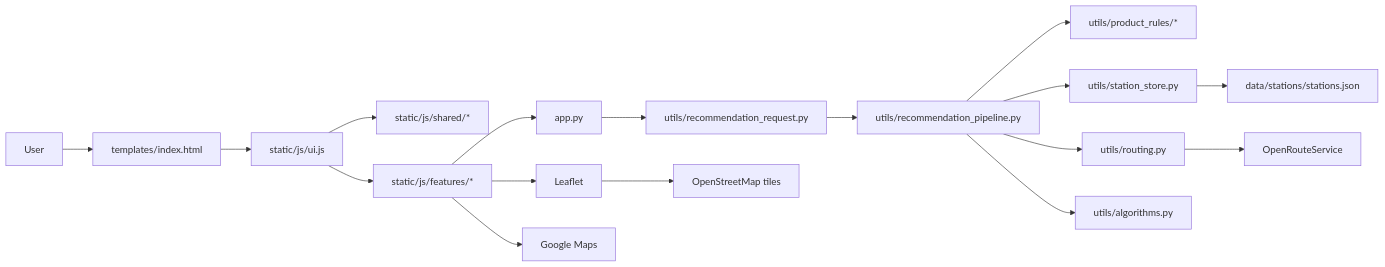
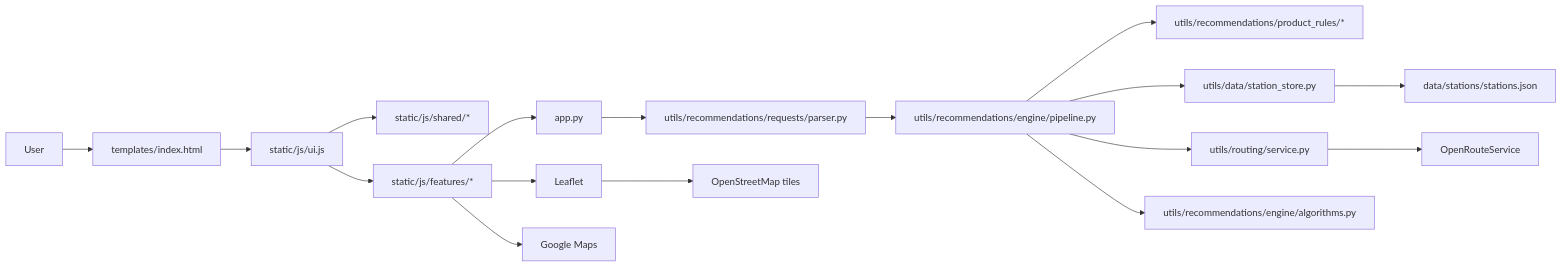
Before and after one commit to drei-cabal/Opti-Gas: the first of 2 diagrams in README.md, drawn with Mermaid. The commit also changed other lines of this file and 35 other files, not shown here.

````diff
--- a/README.md
+++ b/README.md
@@ -36,34 +39,34 @@
 ```mermaid
 flowchart LR
   User[User]
   HTML[templates/index.html]
   UI[static/js/ui.js]
   Shared[static/js/shared/*]
   Features[static/js/features/*]
   Flask[app.py]
-  RequestNorm[utils/recommendation_request.py]
-  Pipeline[utils/recommendation_pipeline.py]
-  Rules[utils/product_rules/*]
-  Store[utils/station_store.py]
-  Routing[utils/routing.py]
-  Algorithms[utils/algorithms.py]
+  RequestNorm[utils/recommendations/requests/parser.py]
+  Pipeline[utils/recommendations/engine/pipeline.py]
+  Rules[utils/recommendations/product_rules/*]
+  Store[utils/data/station_store.py]
+  Routing[utils/routing/service.py]
+  Algorithms[utils/recommendations/engine/algorithms.py]
   StationData[data/stations/stations.json]
   Leaflet[Leaflet]
   GoogleMaps[Google Maps]
   OSM[OpenStreetMap tiles]
   ORS[OpenRouteService]
 
   User --> HTML --> UI
   UI --> Shared
   UI --> Features
   Features --> Flask
 
   Flask --> RequestNorm --> Pipeline
   Pipeline --> Rules
   Pipeline --> Store --> StationData
   Pipeline --> Routing --> ORS
   Pipeline --> Algorithms
 
   Features --> Leaflet --> OSM
   Features --> GoogleMaps
 ```
````
